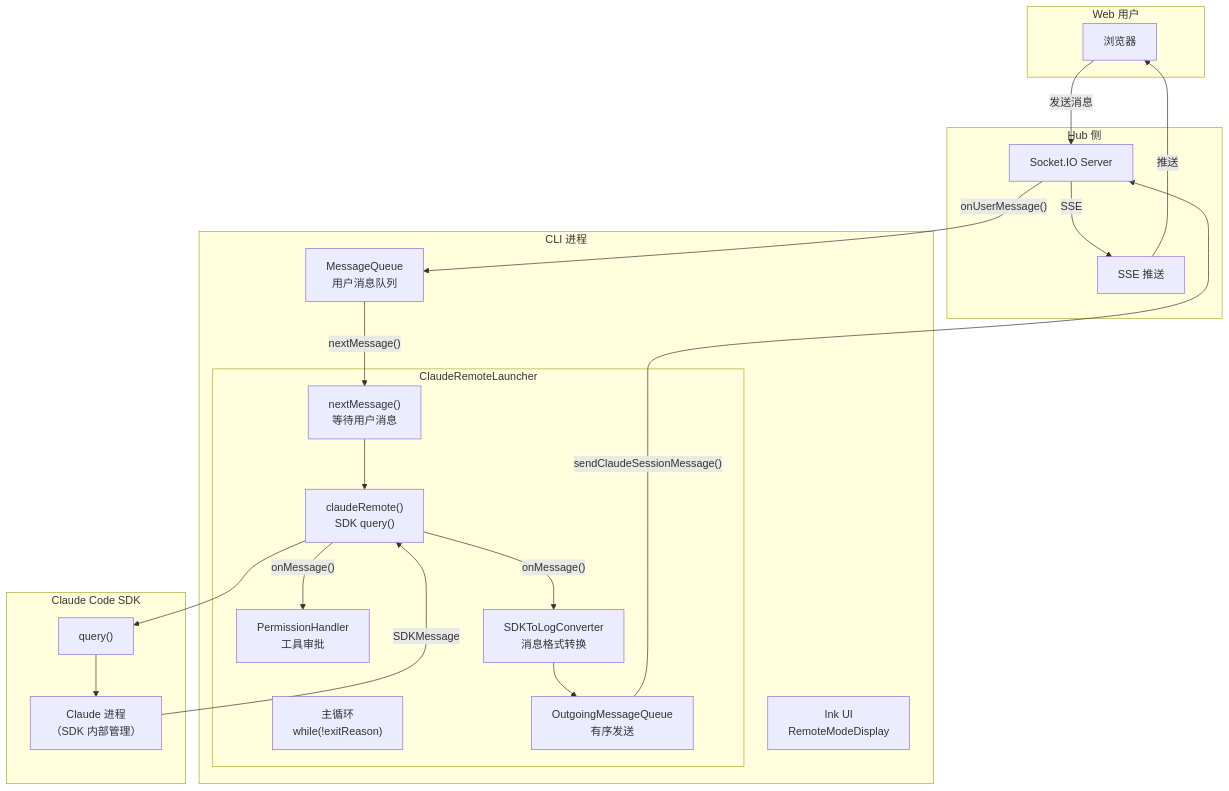
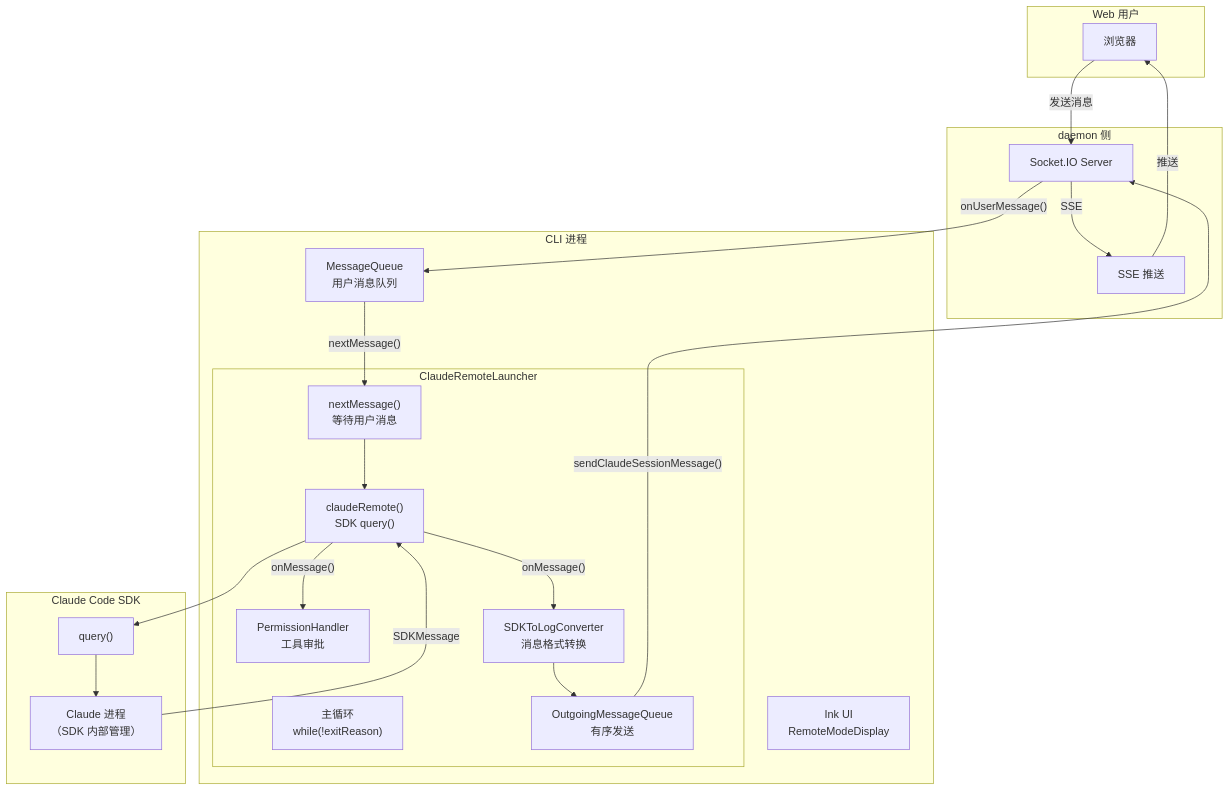
One commit to ModuBit/mobi changed the first of 8 diagrams in docs/architecture/cli/commands/claude/remote-mode.md. Above: the diagram before and after it, drawn with Mermaid. The commit also changed other lines of this file and 86 other files, not shown here.

````diff
--- a/docs/architecture/cli/commands/claude/remote-mode.md
+++ b/docs/architecture/cli/commands/claude/remote-mode.md
@@ -9,45 +9,45 @@
 ```mermaid
 flowchart TB
     subgraph WebUser["Web 用户"]
         Browser["浏览器"]
     end
 
-    subgraph Hub["Hub 侧"]
-        SocketHub["Socket.IO Server"]
-        SSEHub["SSE 推送"]
+    subgraph daemon["daemon 侧"]
+        SocketSrv["Socket.IO Server"]
+        SSESrv["SSE 推送"]
     end
 
     subgraph CLI["CLI 进程"]
         subgraph RemoteLauncher["ClaudeRemoteLauncher"]
             MainLoop["主循环<br/>while(!exitReason)"]
             MsgQueue["nextMessage()<br/>等待用户消息"]
             ClaudeRemote["claudeRemote()<br/>SDK query()"]
             Permission["PermissionHandler<br/>工具审批"]
             Converter["SDKToLogConverter<br/>消息格式转换"]
             OutQueue["OutgoingMessageQueue<br/>有序发送"]
         end
 
         SessionQ["MessageQueue<br/>用户消息队列"]
         InkUI["Ink UI<br/>RemoteModeDisplay"]
     end
 
     subgraph SDK["Claude Code SDK"]
         Query["query()"]
         ClaudeProcess["Claude 进程<br/>（SDK 内部管理）"]
     end
 
-    Browser -->|"发送消息"| SocketHub
-    SocketHub -->|"onUserMessage()"| SessionQ
+    Browser -->|"发送消息"| SocketSrv
+    SocketSrv -->|"onUserMessage()"| SessionQ
     SessionQ -->|"nextMessage()"| MsgQueue
     MsgQueue --> ClaudeRemote
     ClaudeRemote --> Query
     Query --> ClaudeProcess
 
     ClaudeProcess -->|"SDKMessage"| ClaudeRemote
     ClaudeRemote -->|"onMessage()"| Converter
     ClaudeRemote -->|"onMessage()"| Permission
     Converter --> OutQueue
-    OutQueue -->|"sendClaudeSessionMessage()"| SocketHub
-    SocketHub -->|"SSE"| SSEHub
-    SSEHub -->|"推送"| Browser
+    OutQueue -->|"sendClaudeSessionMessage()"| SocketSrv
+    SocketSrv -->|"SSE"| SSESrv
+    SSESrv -->|"推送"| Browser
 ```
````
